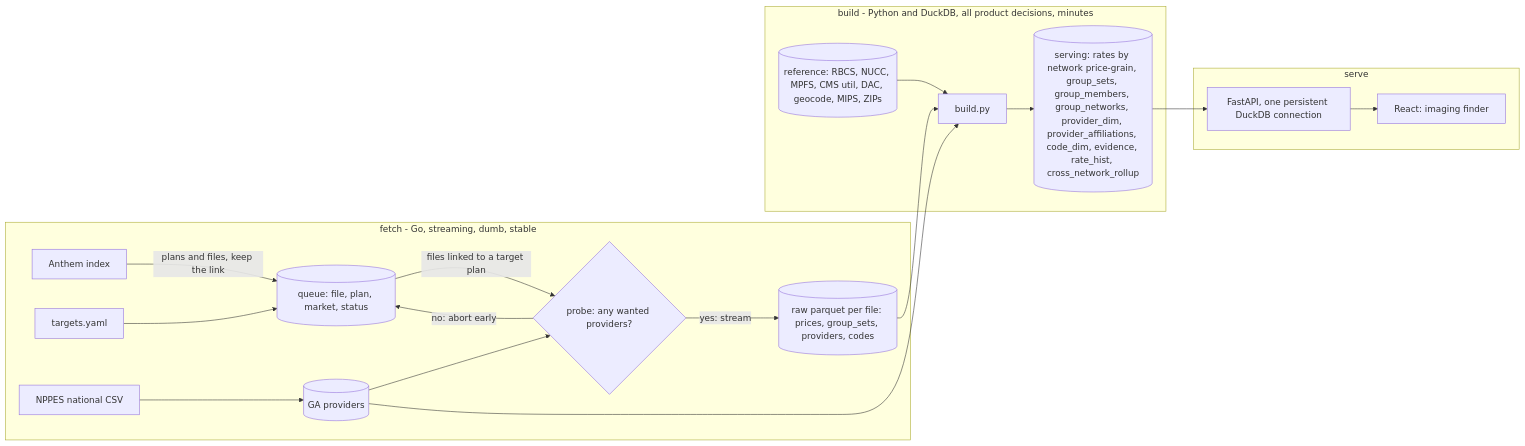
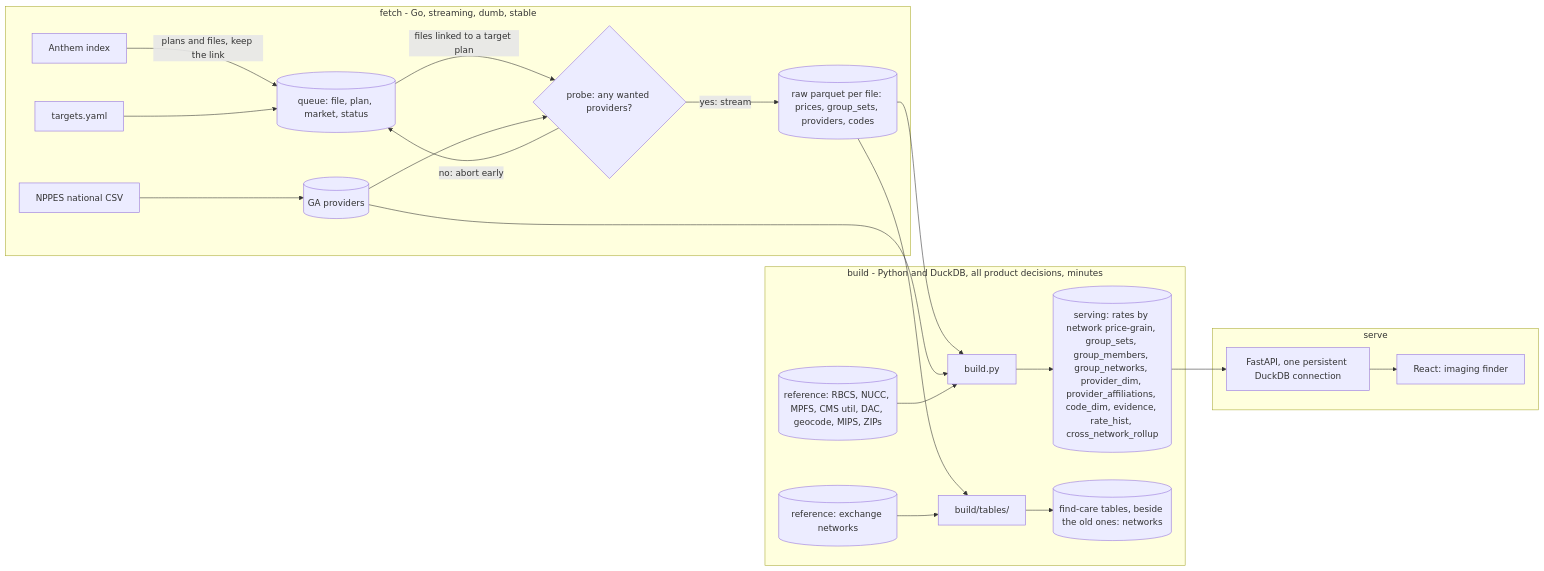
Before and after one commit to wmespi/honest-healthcare: the first of 3 diagrams in docs/architecture.md, drawn with Mermaid. The commit also changed 23 other files, not shown here.

First line of the commit message:
feat(build): the find-care networks table and its key checks (#135) (#146)

````diff
--- a/docs/architecture.md
+++ b/docs/architecture.md
@@ -33,22 +33,25 @@
 ```mermaid
 flowchart LR
   subgraph fetch [fetch - Go, streaming, dumb, stable]
     IDX[Anthem index] -->|"plans and files, keep the link"| Q[(queue: file, plan, market, status)]
     TGT[targets.yaml] --> Q
     Q -->|"files linked to a target plan"| PROBE{"probe: any wanted providers?"}
     PROBE -->|"no: abort early"| Q
     PROBE -->|"yes: stream"| RAW[(raw parquet per file: prices, group_sets, providers, codes)]
     NPPES[NPPES national CSV] --> GA[(GA providers)]
     GA --> PROBE
   end
   subgraph build [build - Python and DuckDB, all product decisions, minutes]
     RAW --> B[build.py]
     GA --> B
     REF[(reference: RBCS, NUCC, MPFS, CMS util, DAC, geocode, MIPS, ZIPs)] --> B
     B --> SRV[(serving: rates by network price-grain, group_sets, group_members, group_networks, provider_dim, provider_affiliations, code_dim, evidence, rate_hist, cross_network_rollup)]
+    RAW --> FC["build/tables/"]
+    XNET[(reference: exchange networks)] --> FC
+    FC --> FCT[("find-care tables, beside the old ones: networks")]
   end
   subgraph serve [serve]
     SRV --> API[FastAPI, one persistent DuckDB connection]
     API --> WEB[React: imaging finder]
   end
 ```
````
